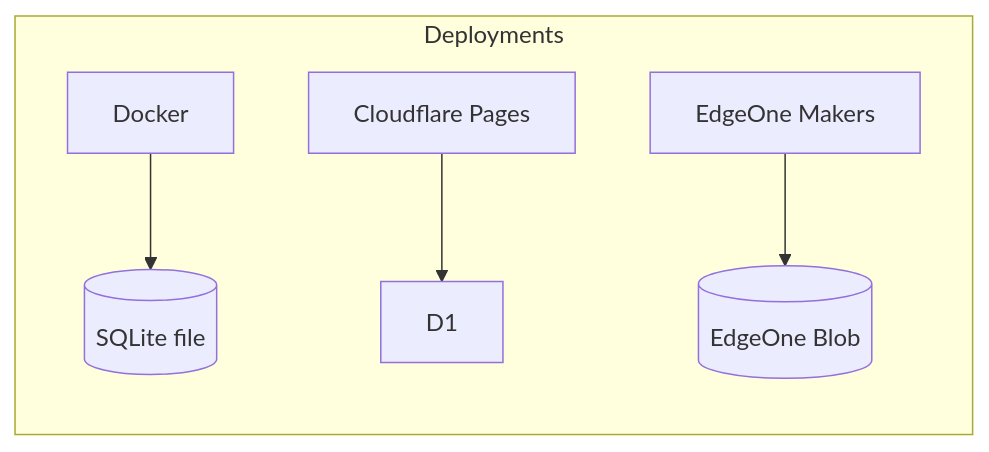
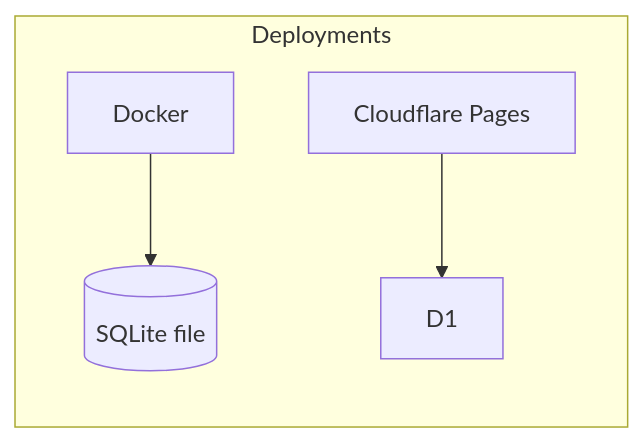
One commit to hooleeas/subconverter-with-web changed the second of 3 diagrams in README.md. Above: the diagram before and after it, drawn with Mermaid. The commit also changed other lines of this file and 9 other files, not shown here.

First line of the commit message:
chore: drop EdgeOne Pages support and the Blob store backend

````diff
--- a/README.md
+++ b/README.md
@@ -22,8 +22,7 @@
 ```mermaid
 flowchart LR
     subgraph Deployments
         D[Docker] --> SQLite[(SQLite file)]
         P[Cloudflare Pages] --> D1
-        E[EdgeOne Makers] --> B[(EdgeOne Blob)]
     end
 ```
````
